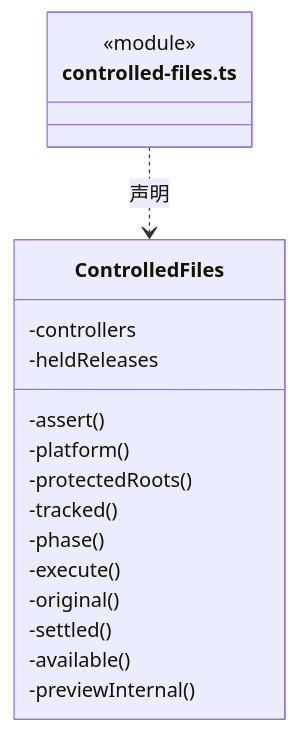
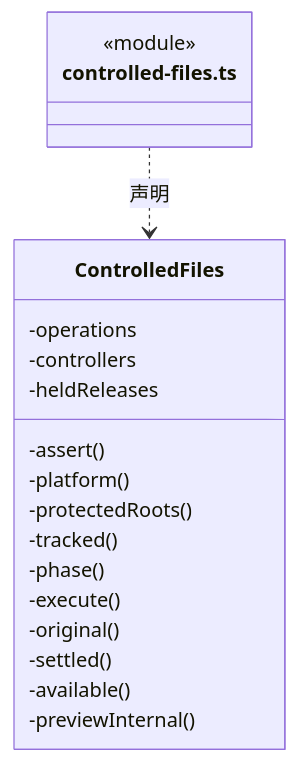
Before and after one commit to nan023062/cbim: the third of 5 diagrams in src/logic/file-operations/service/ARCHITECTURE.md, drawn with Mermaid. The commit also changed other lines of this file and 139 other files, not shown here.

Commit message:
docs(architecture): add source reading paths and complete file inventories

````diff
--- a/src/logic/file-operations/service/ARCHITECTURE.md
+++ b/src/logic/file-operations/service/ARCHITECTURE.md
@@ -63,21 +67,22 @@
 ```mermaid
 classDiagram
 class N_src_logic_file_operations_service_controlled_files_ts["controlled-files.ts"] {
   <<module>>
 }
 class N_src_logic_file_operations_service_controlled_files_ts_ControlledFiles["ControlledFiles"] {
+  -operations
   -controllers
   -heldReleases
   -assert()
   -platform()
   -protectedRoots()
   -tracked()
   -phase()
   -execute()
   -original()
   -settled()
   -available()
   -previewInternal()
 }
 N_src_logic_file_operations_service_controlled_files_ts ..> N_src_logic_file_operations_service_controlled_files_ts_ControlledFiles : 声明
 ```
````
